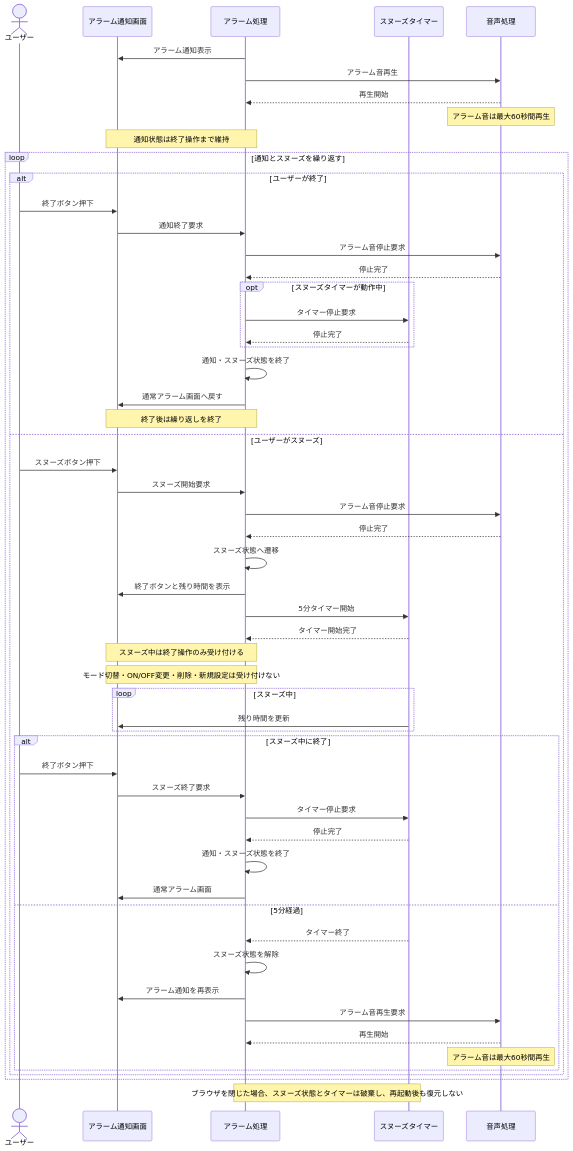
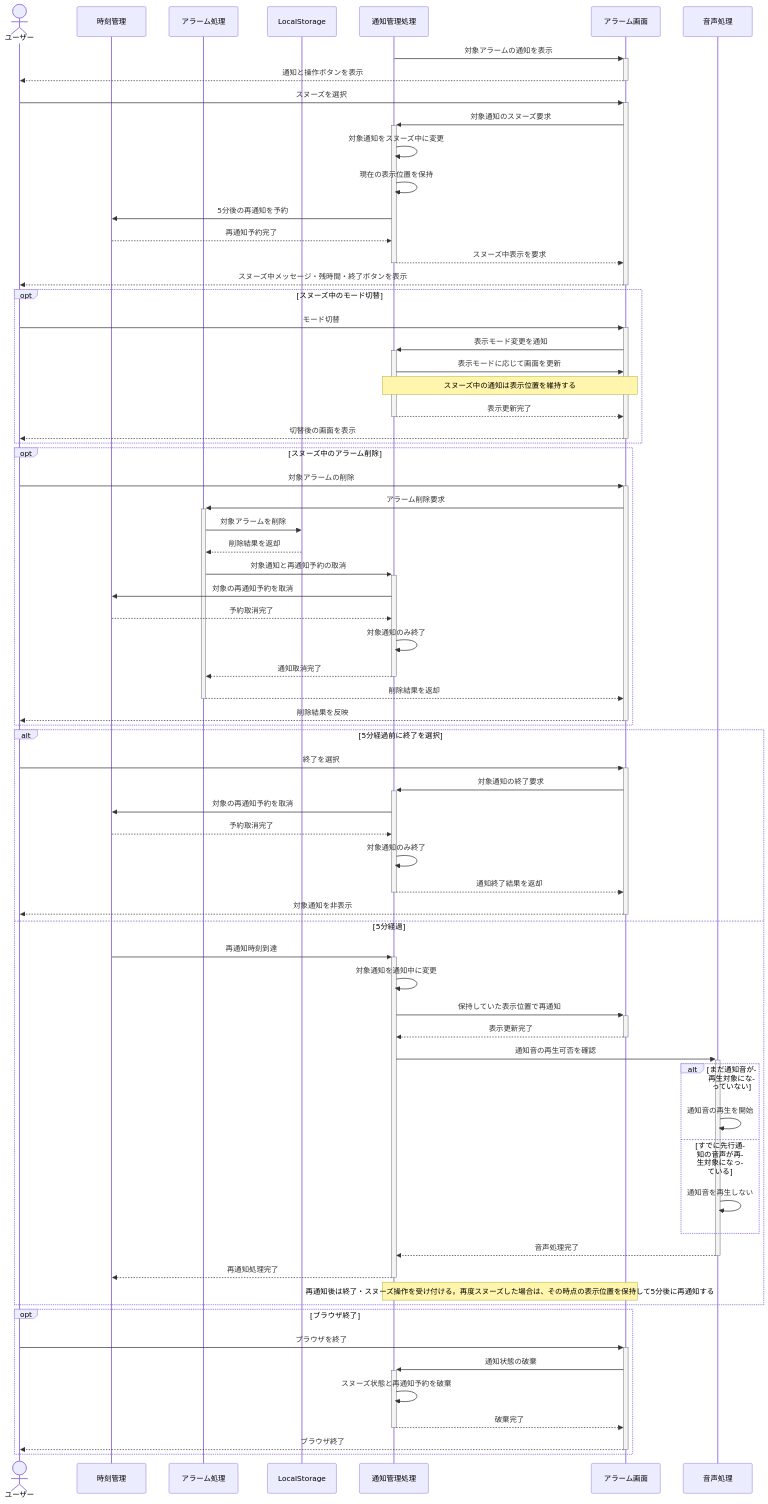
The fourth of 6 diagrams in document/設計/シーケンス図/アラームシーケンス図.md (shun62201234-crypto/timerApplication), drawn with Mermaid before and after one commit. The commit also changed other lines of this file, not shown here.

First line of the commit message:
アラーム関連シーケンス図の修正

````diff
--- a/document/設計/シーケンス図/アラームシーケンス図.md
+++ b/document/設計/シーケンス図/アラームシーケンス図.md
@@ -163,68 +118,78 @@
 ```mermaid
 sequenceDiagram
-    actor ユーザー
-    participant UI as アラーム通知画面
+    actor User as ユーザー
+    participant Clock as 時刻管理
     participant Alarm as アラーム処理
-    participant Snooze as スヌーズタイマー
+    participant Storage as LocalStorage
+    participant Notify as 通知管理処理
+    participant UI as アラーム画面
     participant Audio as 音声処理
 
-    Alarm->>UI: アラーム通知表示
-    Alarm->>Audio: アラーム音再生
-    Audio-->>Alarm: 再生開始
+    Notify->>+UI: 対象アラームの通知を表示
+    UI-->>-User: 通知と操作ボタンを表示
 
-    Note over Audio: アラーム音は最大60秒間再生
-    Note over UI,Alarm: 通知状態は終了操作まで維持
+    User->>+UI: スヌーズを選択
+    UI->>+Notify: 対象通知のスヌーズ要求
+    Notify->>Notify: 対象通知をスヌーズ中に変更
+    Notify->>Notify: 現在の表示位置を保持
+    Notify->>Clock: 5分後の再通知を予約
+    Clock-->>Notify: 再通知予約完了
+    Notify-->>-UI: スヌーズ中表示を要求
+    UI-->>-User: スヌーズ中メッセージ・残時間・終了ボタンを表示
 
-    loop 通知とスヌーズを繰り返す
-
-        alt ユーザーが終了
-            ユーザー->>UI: 終了ボタン押下
-            UI->>Alarm: 通知終了要求
-            Alarm->>Audio: アラーム音停止要求
-            Audio-->>Alarm: 停止完了
-            opt スヌーズタイマーが動作中
-                Alarm->>Snooze: タイマー停止要求
-                Snooze-->>Alarm: 停止完了
-            end
-            Alarm->>Alarm: 通知・スヌーズ状態を終了
-            Alarm->>UI: 通常アラーム画面へ戻す
-            Note over Alarm,UI: 終了後は繰り返しを終了
-
-        else ユーザーがスヌーズ
-            ユーザー->>UI: スヌーズボタン押下
-            UI->>Alarm: スヌーズ開始要求
-            Alarm->>Audio: アラーム音停止要求
-            Audio-->>Alarm: 停止完了
-            Alarm->>Alarm: スヌーズ状態へ遷移
-            Alarm->>UI: 終了ボタンと残り時間を表示
-            Alarm->>Snooze: 5分タイマー開始
-            Snooze-->>Alarm: タイマー開始完了
-
-            Note over UI,Alarm: スヌーズ中は終了操作のみ受け付ける
-            Note over UI,Alarm: モード切替・ON/OFF変更・削除・新規設定は受け付けない
-
-            loop スヌーズ中
-                Snooze->>UI: 残り時間を更新
-            end
-
-            alt スヌーズ中に終了
-                ユーザー->>UI: 終了ボタン押下
-                UI->>Alarm: スヌーズ終了要求
-                Alarm->>Snooze: タイマー停止要求
-                Snooze-->>Alarm: 停止完了
-                Alarm->>Alarm: 通知・スヌーズ状態を終了
-                Alarm->>UI: 通常アラーム画面
-
-            else 5分経過
-                Snooze-->>Alarm: タイマー終了
-                Alarm->>Alarm: スヌーズ状態を解除
-                Alarm->>UI: アラーム通知を再表示
-                Alarm->>Audio: アラーム音再生要求
-                Audio-->>Alarm: 再生開始
-                Note over Audio: アラーム音は最大60秒間再生
-            end
-        end
+    opt スヌーズ中のモード切替
+        User->>+UI: モード切替
+        UI->>+Notify: 表示モード変更を通知
+        Notify->>UI: 表示モードに応じて画面を更新
+        Note over Notify,UI: スヌーズ中の通知は表示位置を維持する
+        Notify-->>-UI: 表示更新完了
+        UI-->>-User: 切替後の画面を表示
     end
 
-    Note over Alarm,Snooze: ブラウザを閉じた場合、スヌーズ状態とタイマーは破棄し、再起動後も復元しない
+    opt スヌーズ中のアラーム削除
+        User->>+UI: 対象アラームの削除
+        UI->>+Alarm: アラーム削除要求
+        Alarm->>Storage: 対象アラームを削除
+        Storage-->>Alarm: 削除結果を返却
+        Alarm->>+Notify: 対象通知と再通知予約の取消
+        Notify->>Clock: 対象の再通知予約を取消
+        Clock-->>Notify: 予約取消完了
+        Notify->>Notify: 対象通知のみ終了
+        Notify-->>-Alarm: 通知取消完了
+        Alarm-->>-UI: 削除結果を返却
+        UI-->>-User: 削除結果を反映
+    end
+
+    alt 5分経過前に終了を選択
+        User->>+UI: 終了を選択
+        UI->>+Notify: 対象通知の終了要求
+        Notify->>Clock: 対象の再通知予約を取消
+        Clock-->>Notify: 予約取消完了
+        Notify->>Notify: 対象通知のみ終了
+        Notify-->>-UI: 通知終了結果を返却
+        UI-->>-User: 対象通知を非表示
+    else 5分経過
+        Clock->>+Notify: 再通知時刻到達
+        Notify->>Notify: 対象通知を通知中に変更
+        Notify->>+UI: 保持していた表示位置で再通知
+        UI-->>-Notify: 表示更新完了
+        Notify->>+Audio: 通知音の再生可否を確認
+        alt まだ通知音が再生対象になっていない
+            Audio->>Audio: 通知音の再生を開始
+        else すでに先行通知の音声が再生対象になっている
+            Audio->>Audio: 通知音を再生しない
+        end
+        Audio-->>-Notify: 音声処理完了
+        Notify-->>-Clock: 再通知処理完了
+
+        Note over Notify,UI: 再通知後は終了・スヌーズ操作を受け付ける。再度スヌーズした場合は、その時点の表示位置を保持して5分後に再通知する
+    end
+
+    opt ブラウザ終了
+        User->>+UI: ブラウザを終了
+        UI->>+Notify: 通知状態の破棄
+        Notify->>Notify: スヌーズ状態と再通知予約を破棄
+        Notify-->>-UI: 破棄完了
+        UI-->>-User: ブラウザ終了
+    end
 ```
````
